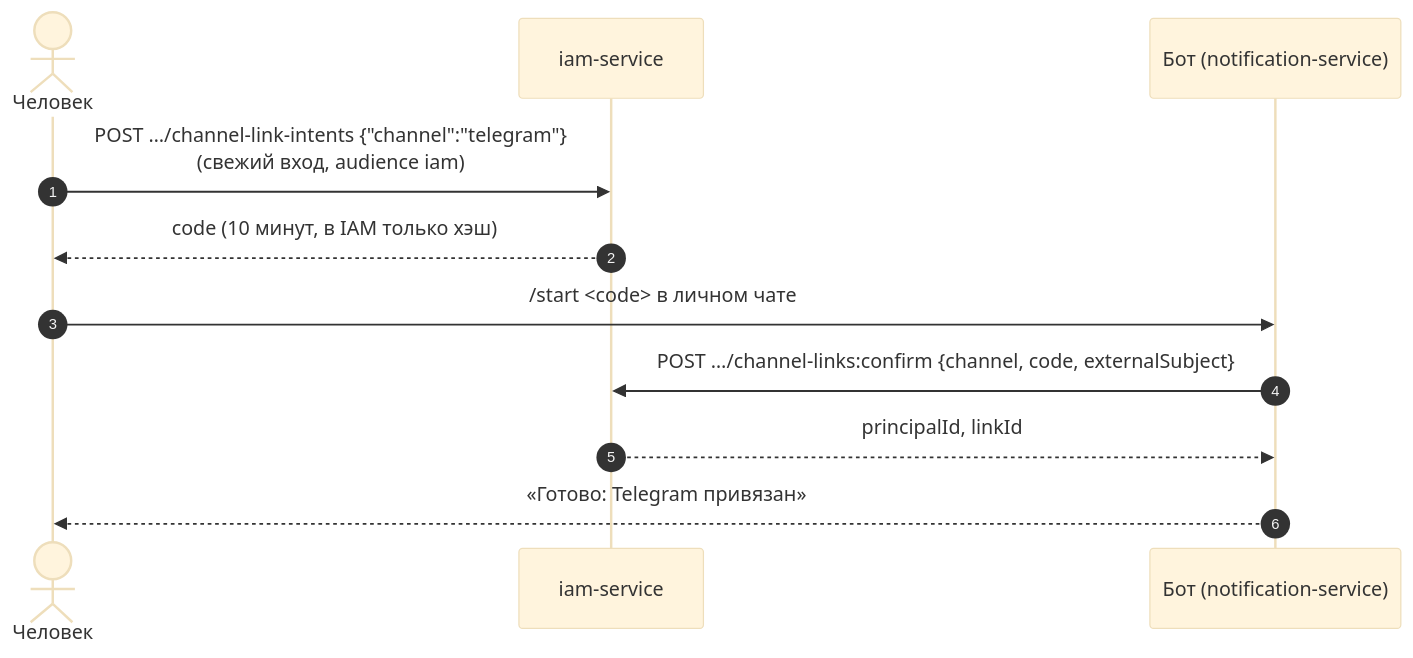
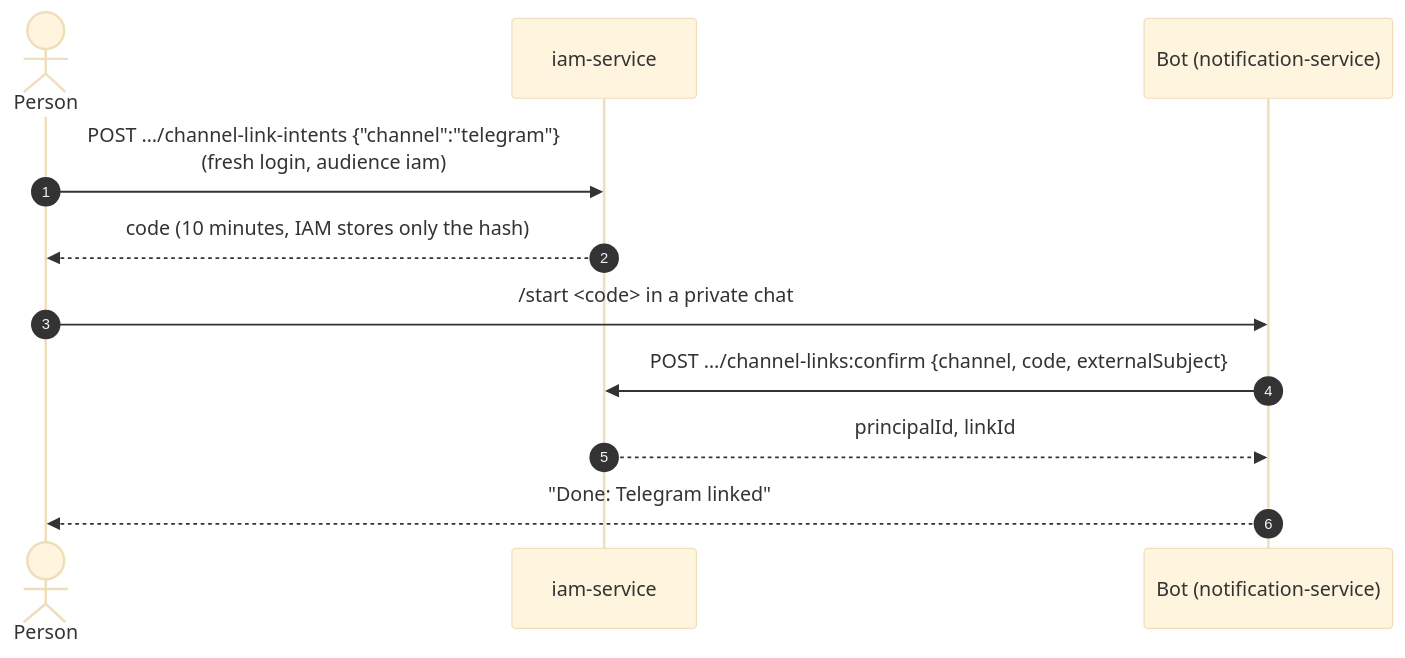
One commit to monthu56/taimen changed the first of 2 diagrams in guide/docs/notifications/telegram.md. Above: the diagram before and after it, drawn with Mermaid (base theme). The commit also changed other lines of this file and 183 other files, not shown here.

````diff
--- a/guide/docs/notifications/telegram.md
+++ b/guide/docs/notifications/telegram.md
@@ -141,13 +138,13 @@
 ```mermaid
 sequenceDiagram
     autonumber
-    actor H as Человек
+    actor H as Person
     participant IAM as iam-service
-    participant Bot as Бот (notification-service)
-    H->>IAM: POST …/channel-link-intents {"channel":"telegram"}<br/>(свежий вход, audience iam)
-    IAM-->>H: code (10 минут, в IAM только хэш)
-    H->>Bot: /start <code> в личном чате
+    participant Bot as Bot (notification-service)
+    H->>IAM: POST …/channel-link-intents {"channel":"telegram"}<br/>(fresh login, audience iam)
+    IAM-->>H: code (10 minutes, IAM stores only the hash)
+    H->>Bot: /start <code> in a private chat
     Bot->>IAM: POST …/channel-links:confirm {channel, code, externalSubject}
     IAM-->>Bot: principalId, linkId
-    Bot-->>H: «Готово: Telegram привязан»
+    Bot-->>H: "Done: Telegram linked"
 ```
````
